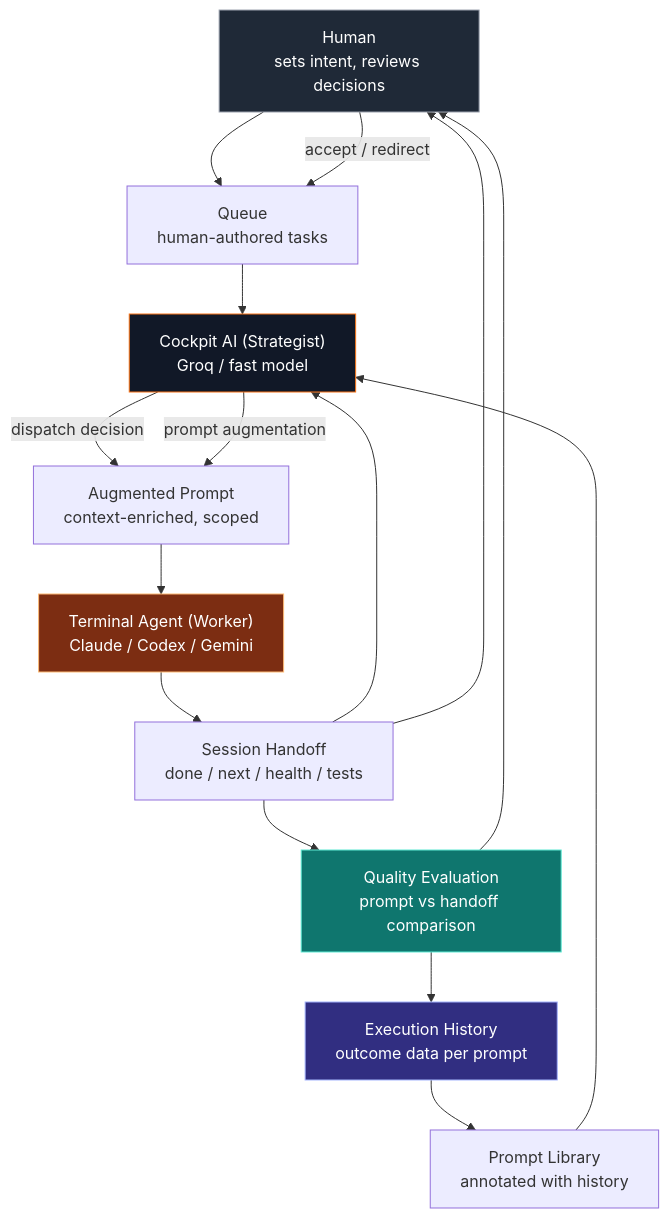
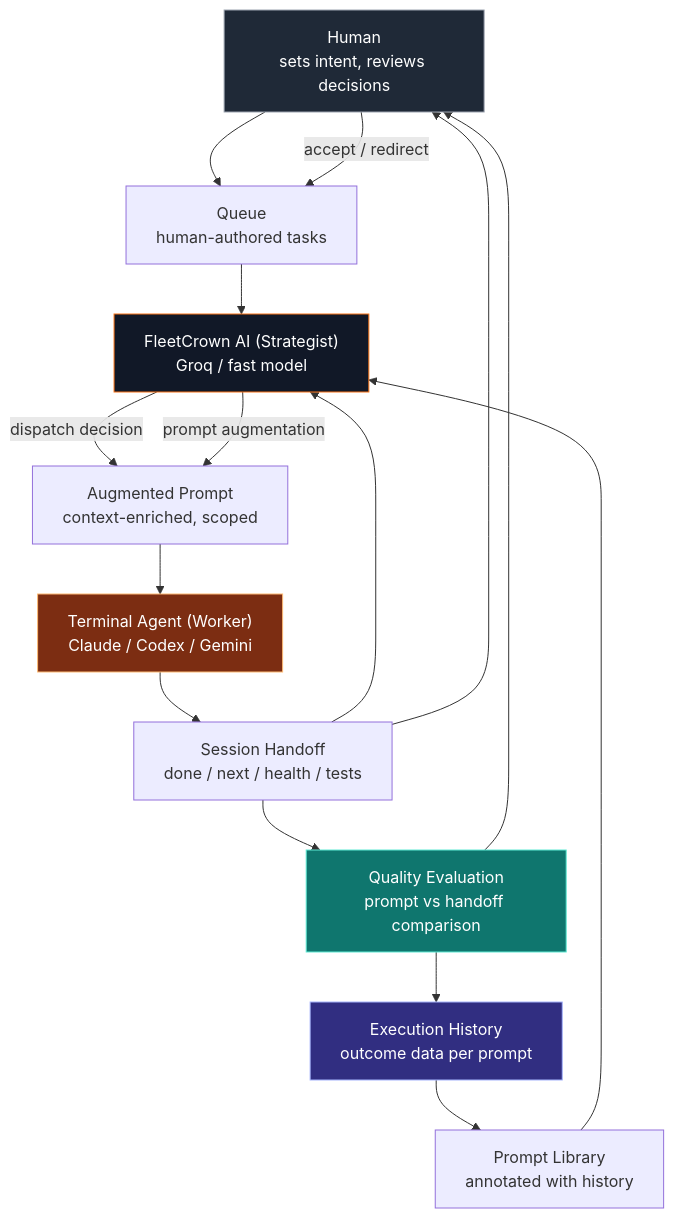
One commit to bitbaum/fleetcrown changed the diagram in content/thoughts/the-craft-of-sequential-prompting.md. Above: the diagram before and after it, drawn with Mermaid. The commit also changed other lines of this file and 37 other files, not shown here.

First line of the commit message:
docs(brand): finish Cockpit → FleetCrown rebrand sweep across docs/thoughts/legal/src

````diff
--- a/content/thoughts/the-craft-of-sequential-prompting.md
+++ b/content/thoughts/the-craft-of-sequential-prompting.md
@@ -201,33 +201,33 @@
 ```mermaid
 flowchart TD
     Human["Human\nsets intent, reviews decisions"]
     Queue["Queue\nhuman-authored tasks"]
     Library["Prompt Library\nannotated with history"]
-    Strategist["Cockpit AI (Strategist)\nGroq / fast model"]
+    Strategist["FleetCrown AI (Strategist)\nGroq / fast model"]
     Prompt["Augmented Prompt\ncontext-enriched, scoped"]
     Agent["Terminal Agent (Worker)\nClaude / Codex / Gemini"]
     Handoff["Session Handoff\ndone / next / health / tests"]
     Eval["Quality Evaluation\nprompt vs handoff comparison"]
     History["Execution History\noutcome data per prompt"]
 
     Human --> Queue
     Queue --> Strategist
     Library --> Strategist
     Handoff --> Strategist
     Strategist -->|"dispatch decision"| Prompt
     Strategist -->|"prompt augmentation"| Prompt
     Prompt --> Agent
     Agent --> Handoff
     Handoff --> Eval
     Eval --> History
     History --> Library
     Eval --> Human
     Handoff --> Human
     Human -->|"accept / redirect"| Queue
 
     style Human fill:#1f2937,stroke:#9ca3af,color:#fff
     style Strategist fill:#111827,stroke:#f97316,color:#fff
     style Agent fill:#7c2d12,stroke:#fdba74,color:#fff
     style History fill:#312e81,stroke:#a5b4fc,color:#fff
     style Eval fill:#0f766e,stroke:#5eead4,color:#fff
 ```
````
